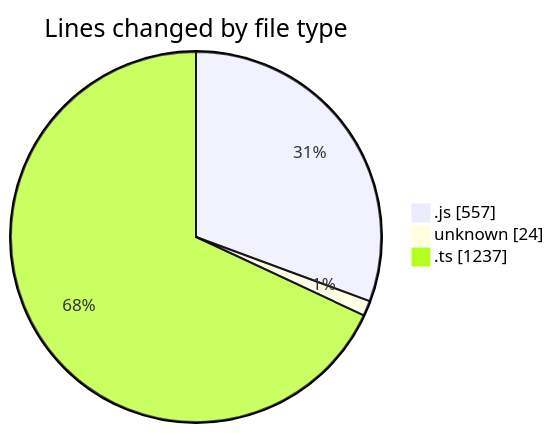
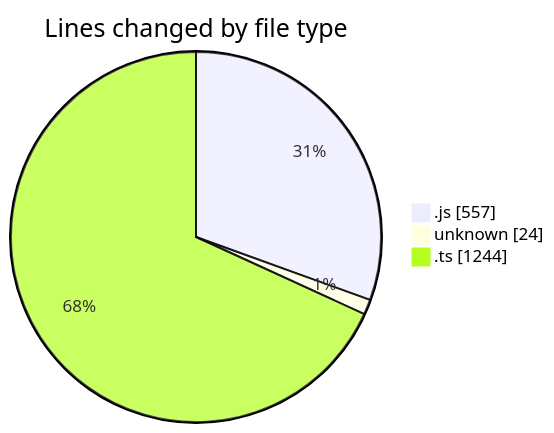
The first of 2 diagrams in 2025-02-05/cda/README.md (momahboobian/code-tracking), drawn with Mermaid before and after one commit. The commit also changed other lines of this file and 1 other file, not shown here.

````diff
--- a/2025-02-05/cda/README.md
+++ b/2025-02-05/cda/README.md
@@ -32,7 +32,7 @@
 ```mermaid
 pie showData
 title Lines changed by file type
 ".js" : 557
 "unknown" : 24
-".ts" : 1237
+".ts" : 1244
 ```
````
